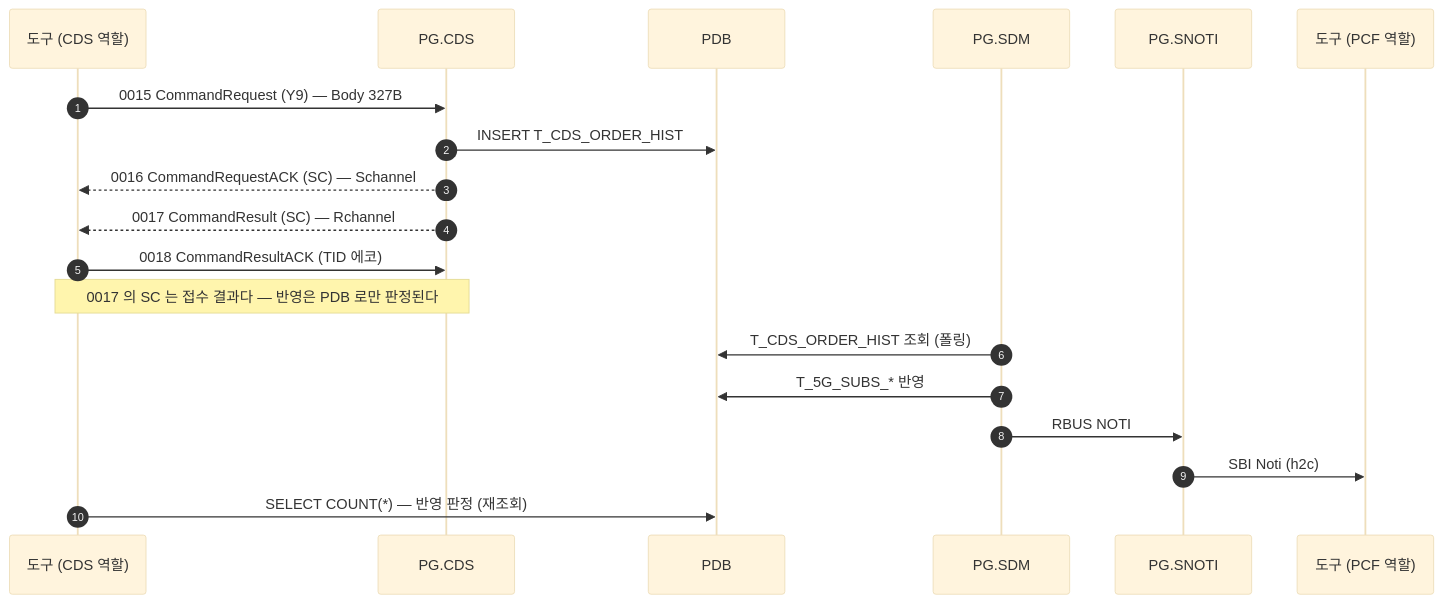
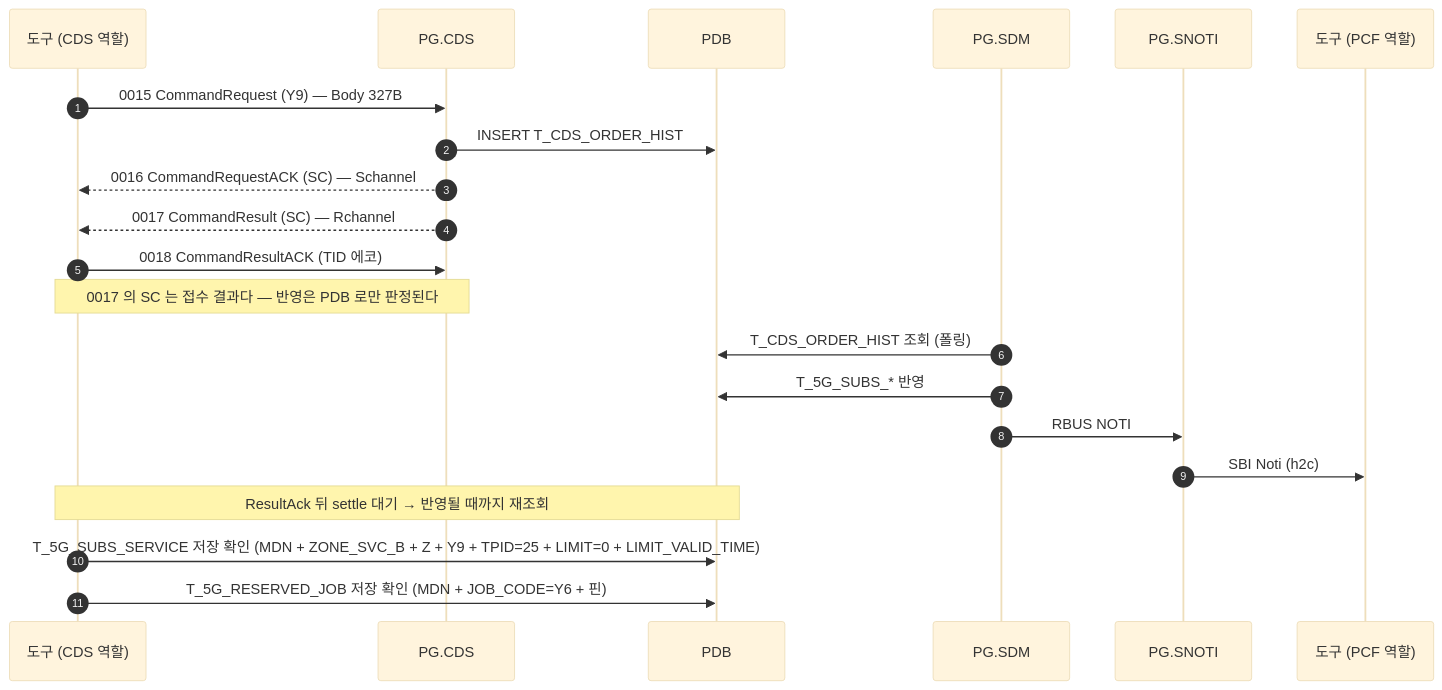
One commit to IanKim2030/tc4robot changed the diagram in docs/callflow/CDS_Y9.md. Above: the diagram before and after it, drawn with Mermaid (base theme). The commit also changed 18 other files, not shown here.

First line of the commit message:
docs: 콜플로우의 PDB 판정을 코드별 실제 조회로 바꾼다

````diff
--- a/docs/callflow/CDS_Y9.md
+++ b/docs/callflow/CDS_Y9.md
@@ -17,23 +17,25 @@
 ```mermaid
 sequenceDiagram
     autonumber
     participant TOOL as 도구 (CDS 역할)
     participant PCDS as PG.CDS
     participant PDB as PDB
     participant SDM as PG.SDM
     participant SNOTI as PG.SNOTI
     participant PCF as 도구 (PCF 역할)
 
     TOOL->>PCDS: 0015 CommandRequest (Y9) — Body 327B
     PCDS->>PDB: INSERT T_CDS_ORDER_HIST
     PCDS-->>TOOL: 0016 CommandRequestACK (SC) — Schannel
     PCDS-->>TOOL: 0017 CommandResult (SC) — Rchannel
     TOOL->>PCDS: 0018 CommandResultACK (TID 에코)
     Note over TOOL,PCDS: 0017 의 SC 는 접수 결과다 — 반영은 PDB 로만 판정된다
 
     SDM->>PDB: T_CDS_ORDER_HIST 조회 (폴링)
     SDM->>PDB: T_5G_SUBS_* 반영
     SDM->>SNOTI: RBUS NOTI
     SNOTI->>PCF: SBI Noti (h2c)
-    TOOL->>PDB: SELECT COUNT(*) — 반영 판정 (재조회)
+    Note over TOOL,PDB: ResultAck 뒤 settle 대기 → 반영될 때까지 재조회
+    TOOL->>PDB: T_5G_SUBS_SERVICE 저장 확인 (MDN + ZONE_SVC_B + Z + Y9 + TPID=25 + LIMIT=0 + LIMIT_VALID_TIME)
+    TOOL->>PDB: T_5G_RESERVED_JOB 저장 확인 (MDN + JOB_CODE=Y6 + 핀)
 ```
````
